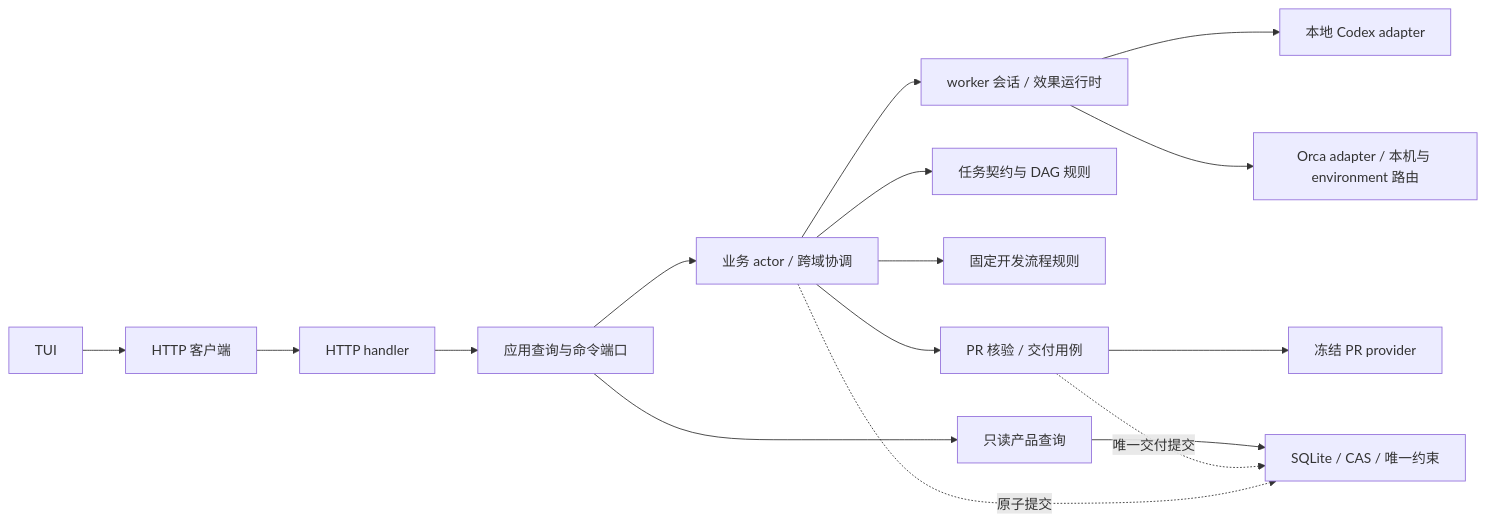
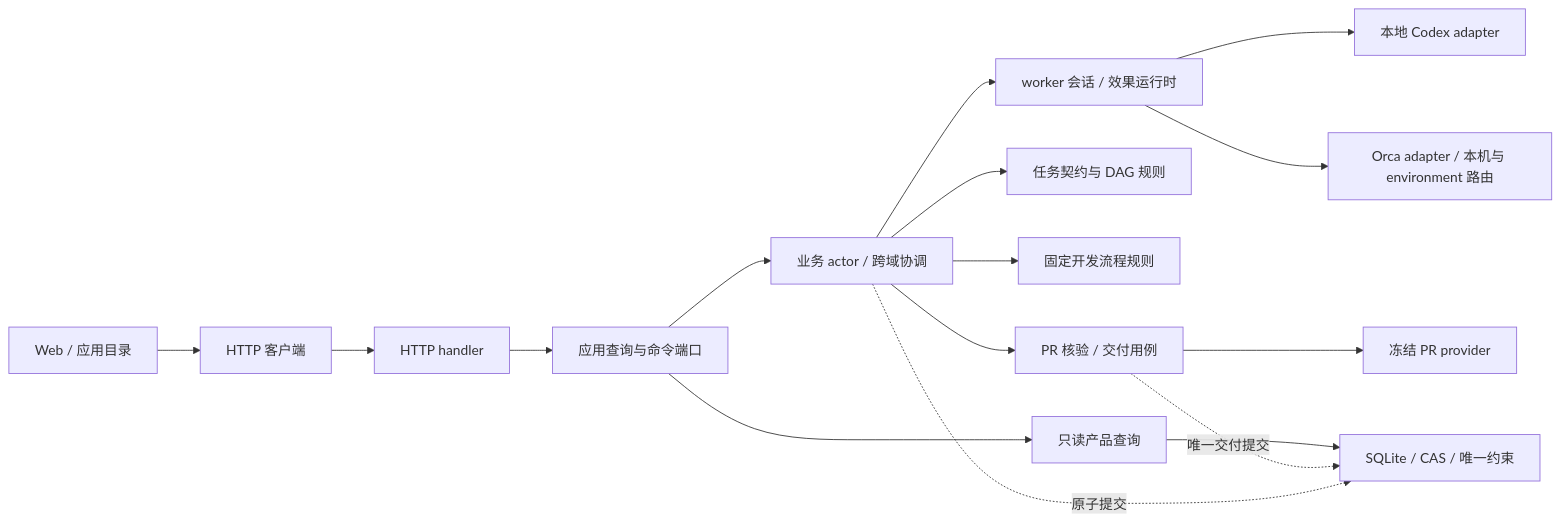
The second of 2 diagrams in docs/architecture/current-code-architecture.md (erranliu/SteerLine), drawn with Mermaid before and after one commit. The commit also changed other lines of this file and 189 other files, not shown here.

````diff
--- a/docs/architecture/current-code-architecture.md
+++ b/docs/architecture/current-code-architecture.md
@@ -182,18 +177,18 @@
 ```mermaid
 flowchart LR
-    TUI[TUI] --> HC[HTTP 客户端]
+    Web[Web / 应用目录] --> HC[HTTP 客户端]
     HC --> HTTP[HTTP handler]
     HTTP --> App[应用查询与命令端口]
     App --> Query[只读产品查询]
     App --> Actor[业务 actor / 跨域协调]
     Actor --> Task[任务契约与 DAG 规则]
     Actor --> Flow[固定开发流程规则]
     Actor --> Worker[worker 会话 / 效果运行时]
     Actor --> Delivery[PR 核验 / 交付用例]
     Worker --> Codex[本地 Codex adapter]
     Worker --> Orca[Orca adapter / 本机与 environment 路由]
     Delivery --> PR[冻结 PR provider]
     Actor -. 原子提交 .-> Store[SQLite / CAS / 唯一约束]
     Delivery -. 唯一交付提交 .-> Store
     Query --> Store
 ```
````
